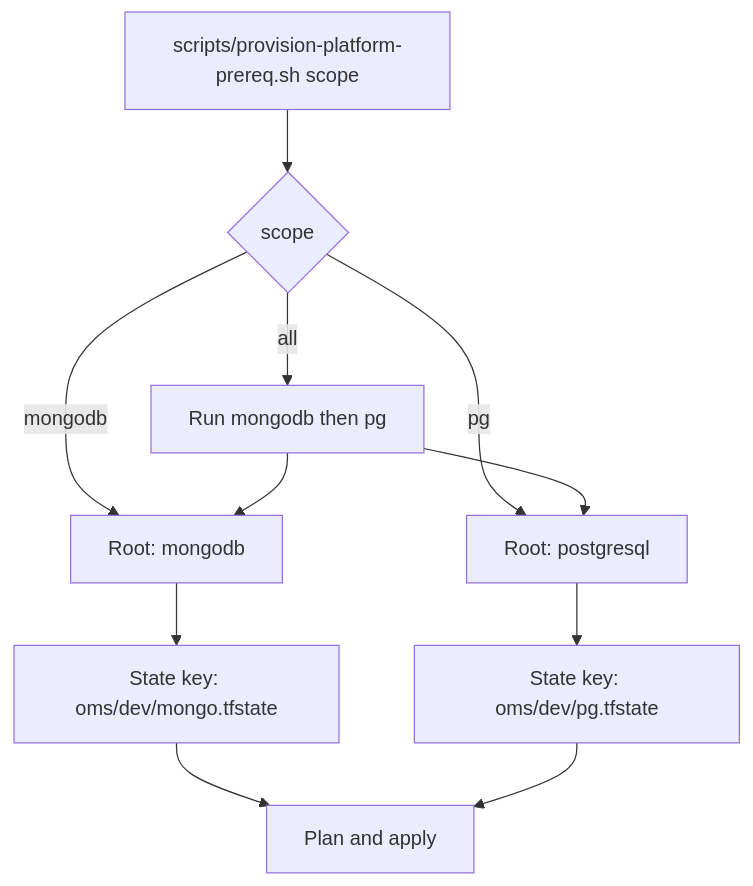
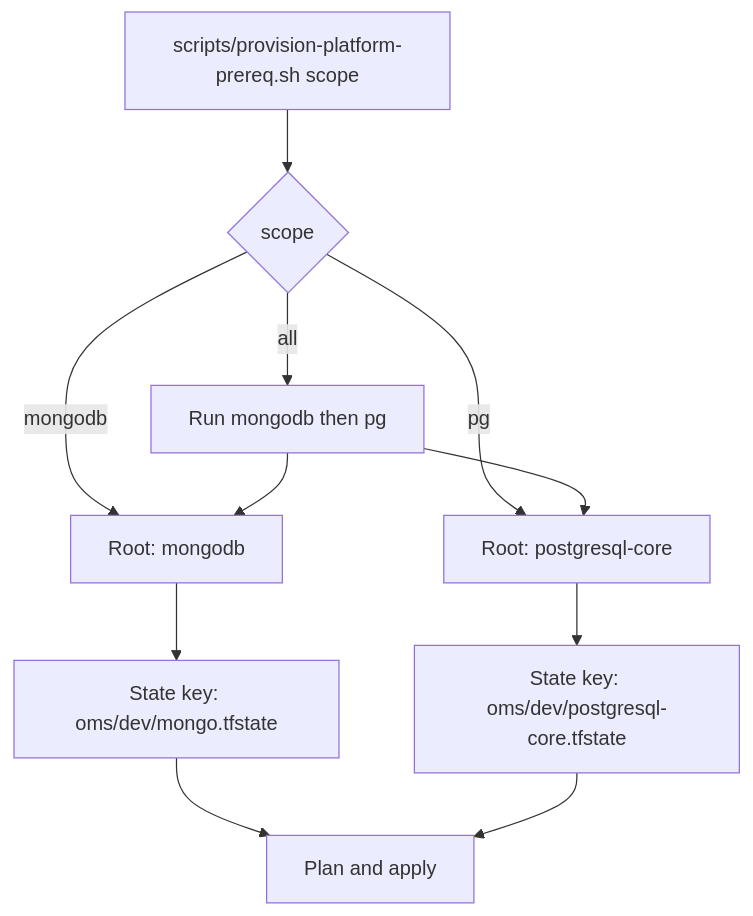
One commit to sml-global/mongodb changed the third of 7 diagrams in docs/guides/architect-reference.md. Above: the diagram before and after it, drawn with Mermaid. The commit also changed other lines of this file and 39 other files, not shown here.

````diff
--- a/docs/guides/architect-reference.md
+++ b/docs/guides/architect-reference.md
@@ -351,13 +353,13 @@
 ```mermaid
 flowchart TD
   A[scripts/provision-platform-prereq.sh scope] --> B{scope}
   B -->|all| C[Run mongodb then pg]
   B -->|mongodb| D[Root: mongodb]
-  B -->|pg| E[Root: postgresql]
+  B -->|pg| E[Root: postgresql-core]
   C --> D
   C --> E
   D --> G[State key: oms/dev/mongo.tfstate]
-  E --> H[State key: oms/dev/pg.tfstate]
+  E --> H[State key: oms/dev/postgresql-core.tfstate]
   G --> I[Plan and apply]
   H --> I
 ```
````
